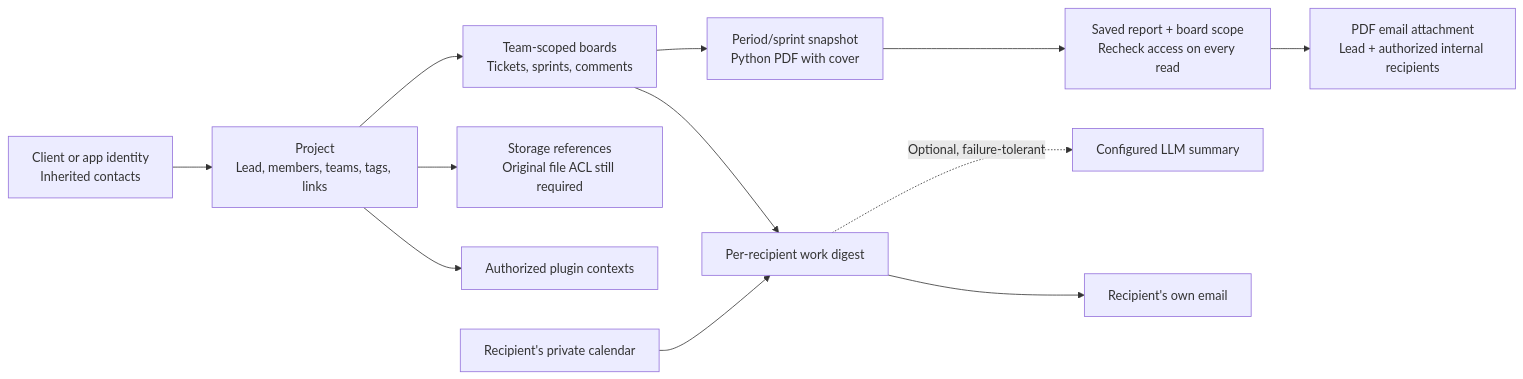
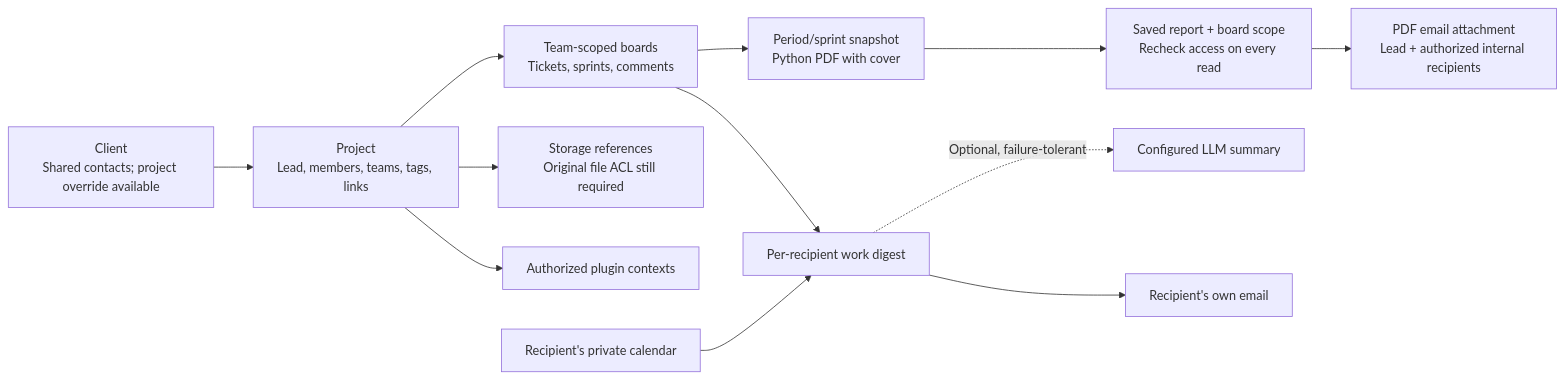
Before and after one commit to GrahamCHill/Meshable-Ops: the second of 2 diagrams in docs/architecture.md, drawn with Mermaid. The commit also changed other lines of this file and 138 other files, not shown here.

````diff
--- a/docs/architecture.md
+++ b/docs/architecture.md
@@ -97,14 +97,14 @@
 ```mermaid
 flowchart LR
-    client["Client or app identity<br/>Inherited contacts"] --> project["Project<br/>Lead, members, teams, tags, links"]
+    client["Client<br/>Shared contacts; project override available"] --> project["Project<br/>Lead, members, teams, tags, links"]
     project --> board["Team-scoped boards<br/>Tickets, sprints, comments"]
     project --> refs["Storage references<br/>Original file ACL still required"]
     project --> ext["Authorized plugin contexts"]
     board --> report["Period/sprint snapshot<br/>Python PDF with cover"]
     report --> saved["Saved report + board scope<br/>Recheck access on every read"]
     saved --> email["PDF email attachment<br/>Lead + authorized internal recipients"]
     board --> digest["Per-recipient work digest"]
     personal["Recipient's private calendar"] --> digest
     digest -. "Optional, failure-tolerant" .-> ai["Configured LLM summary"]
     digest --> ownmail["Recipient's own email"]
 ```
````
